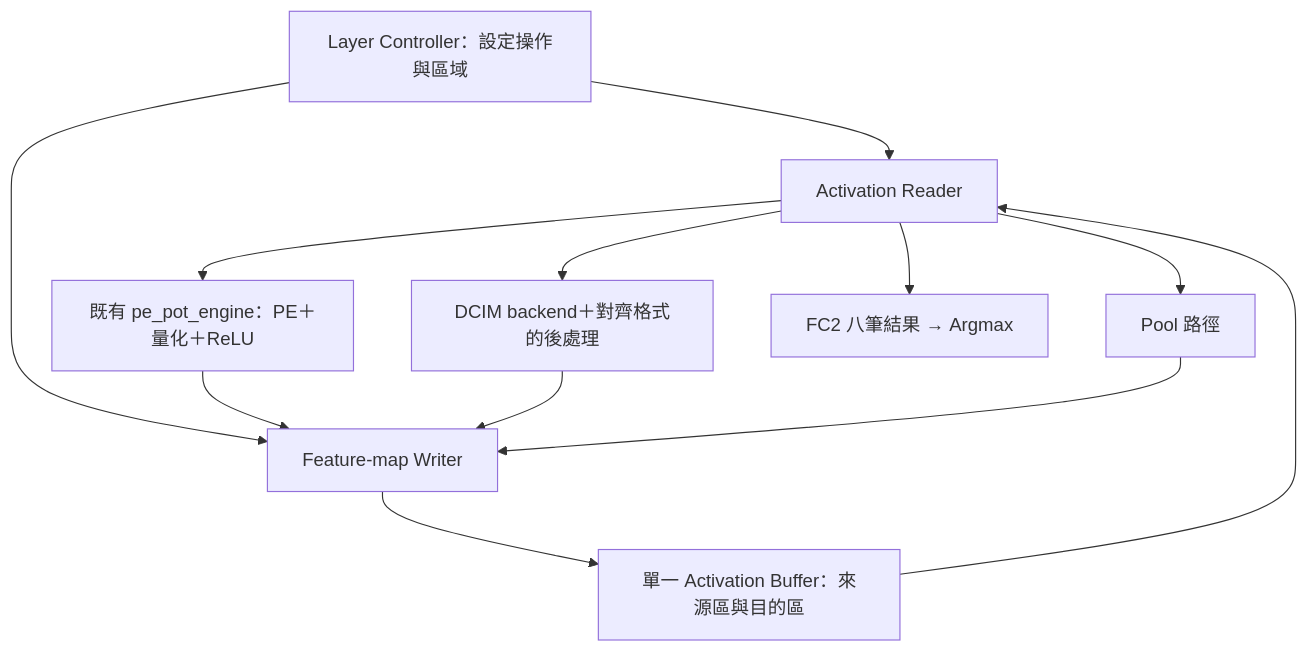
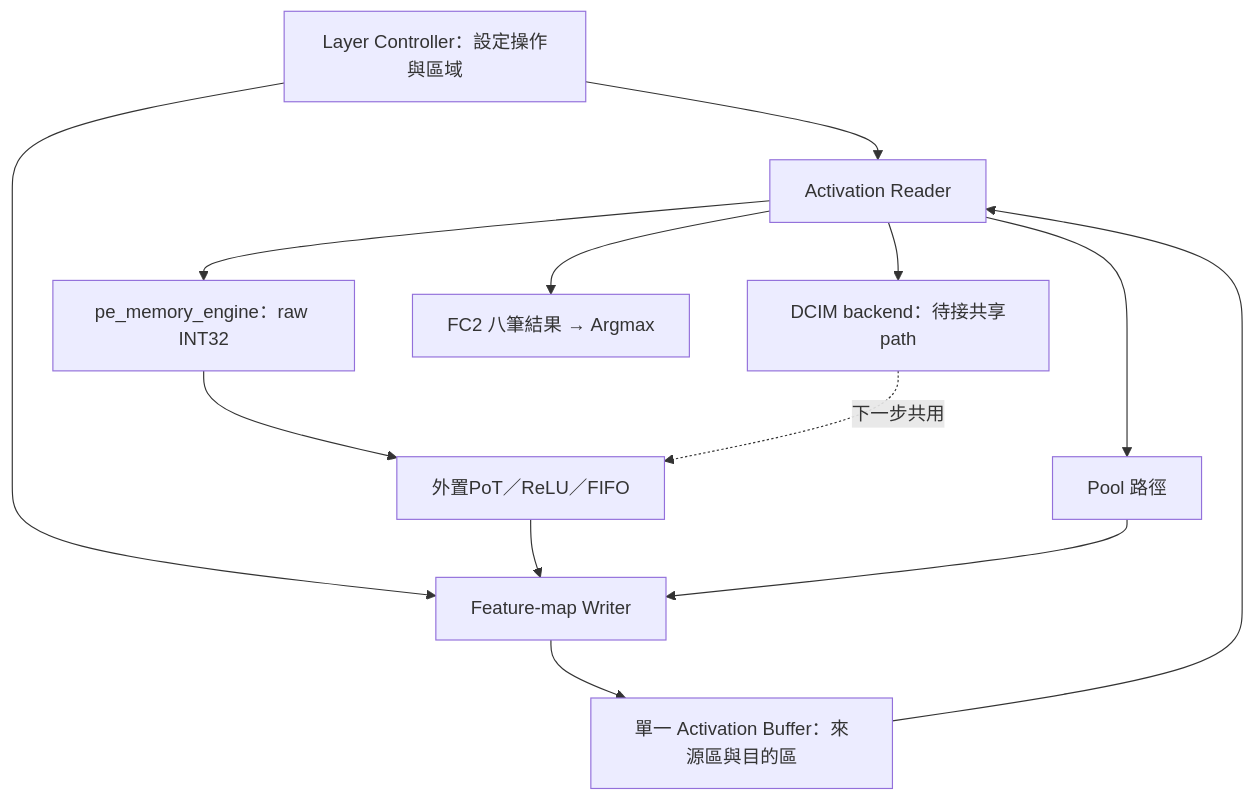
One commit to Lswen-Lee/KWS_DNN_Hybrid changed the first of 4 diagrams in HYBRID_SYSTEM/docs/SINGLE_BUFFER_ARCHITECTURE.md. Above: the diagram before and after it, drawn with Mermaid. The commit also changed other lines of this file and 12 other files, not shown here.

````diff
--- a/HYBRID_SYSTEM/docs/SINGLE_BUFFER_ARCHITECTURE.md
+++ b/HYBRID_SYSTEM/docs/SINGLE_BUFFER_ARCHITECTURE.md
@@ -62,14 +64,15 @@
 ```mermaid
 flowchart TB
   LC[Layer Controller：設定操作與區域] --> R[Activation Reader]
   LC --> W[Feature-map Writer]
   M[單一 Activation Buffer：來源區與目的區] --> R
-  R --> PE[既有 pe_pot_engine：PE＋量化＋ReLU]
-  R --> DC[DCIM backend＋對齊格式的後處理]
+  R --> PE[pe_memory_engine：raw INT32]
+  R --> DC[DCIM backend：待接共享path]
   R --> PO[Pool 路徑]
   R --> AR[FC2 八筆結果 → Argmax]
-  PE --> W
-  DC --> W
+  PE --> POST[外置PoT／ReLU／FIFO]
+  DC -.下一步共用.-> POST
+  POST --> W
   PO --> W
   W --> M
 ```
````
